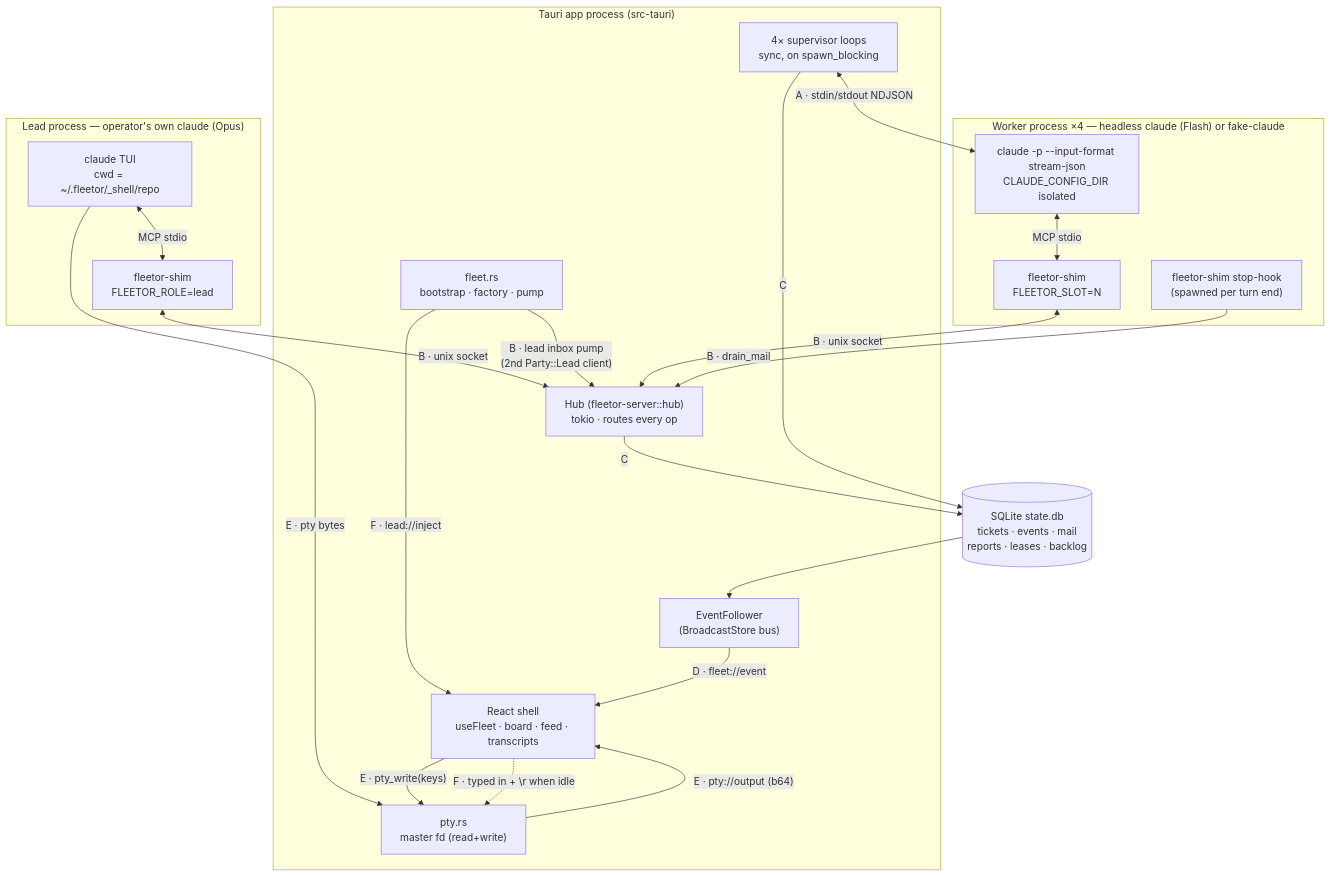
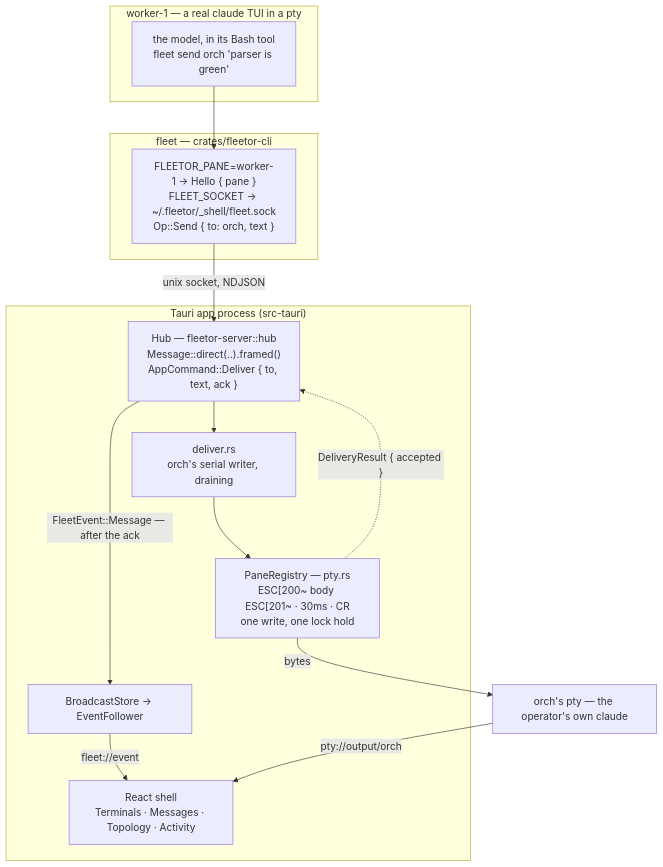
Before and after one commit to rubikron/fleetor: the diagram in docs/fleet-comms-map.md, drawn with Mermaid. The commit also changed other lines of this file and 18 other files, not shown here.

````diff
--- a/docs/fleet-comms-map.md
+++ b/docs/fleet-comms-map.md
@@ -19,46 +11,30 @@
 ```mermaid
 graph TB
-    subgraph app["Tauri app process (src-tauri)"]
-        UI["React shell<br/>useFleet · board · feed · transcripts"]
-        PTY["pty.rs<br/>master fd (read+write)"]
-        FLEETMOD["fleet.rs<br/>bootstrap · factory · pump"]
-        HUB["Hub (fleetor-server::hub)<br/>tokio · routes every op"]
-        SUP["4× supervisor loops<br/>sync, on spawn_blocking"]
-        FOLLOW["EventFollower<br/>(BroadcastStore bus)"]
+    subgraph pane["worker-1 — a real claude TUI in a pty"]
+        AGENT["the model, in its Bash tool<br/>fleet send orch 'parser is green'"]
     end
 
-    subgraph lead["Lead process — operator's own claude (Opus)"]
-        LEADTUI["claude TUI<br/>cwd = ~/.fleetor/_shell/repo"]
-        LEADSHIM["fleetor-shim<br/>FLEETOR_ROLE=lead"]
+    subgraph cli["fleet — crates/fleetor-cli"]
+        HELLO["FLEETOR_PANE=worker-1 → Hello { pane }<br/>FLEET_SOCKET → ~/.fleetor/_shell/fleet.sock<br/>Op::Send { to: orch, text }"]
     end
 
-    subgraph w["Worker process ×4 — headless claude (Flash) or fake-claude"]
-        WCC["claude -p --input-format stream-json<br/>CLAUDE_CONFIG_DIR isolated"]
-        WSHIM["fleetor-shim<br/>FLEETOR_SLOT=N"]
-        WHOOK["fleetor-shim stop-hook<br/>(spawned per turn end)"]
+    subgraph app["Tauri app process (src-tauri)"]
+        HUB["Hub — fleetor-server::hub<br/>Message::direct(..).framed()<br/>AppCommand::Deliver { to, text, ack }"]
+        DELIVER["deliver.rs<br/>orch's serial writer, draining"]
+        REG["PaneRegistry — pty.rs<br/>ESC[200~ body ESC[201~ · 30ms · CR<br/>one write, one lock hold"]
+        STORE["BroadcastStore → EventFollower"]
+        UI["React shell<br/>Terminals · Messages · Topology · Activity"]
     end
 
-    DB[("SQLite state.db<br/>tickets · events · mail<br/>reports · leases · backlog")]
+    ORCH["orch's pty — the operator's own claude"]
 
-    LEADTUI -->|"E · pty bytes"| PTY
-    PTY -->|"E · pty://output (b64)"| UI
-    UI -->|"E · pty_write(keys)"| PTY
-    FLEETMOD -->|"F · lead://inject"| UI
-    UI -.->|"F · typed in + \r when idle"| PTY
-
-    LEADTUI <-->|"MCP stdio"| LEADSHIM
-    LEADSHIM <-->|"B · unix socket"| HUB
-    FLEETMOD -->|"B · lead inbox pump<br/>(2nd Party::Lead client)"| HUB
-
-    WCC <-->|"MCP stdio"| WSHIM
-    WSHIM <-->|"B · unix socket"| HUB
-    WHOOK -->|"B · drain_mail"| HUB
-    SUP <-->|"A · stdin/stdout NDJSON"| WCC
-
-    HUB -->|"C"| DB
-    SUP -->|"C"| DB
-    DB --> FOLLOW
-    FOLLOW -->|"D · fleet://event"| UI
-
-    classDef ch fill:#1d2021,stroke:#8ec07c,color:#ebdbb2
+    AGENT --> HELLO
+    HELLO -->|"unix socket, NDJSON"| HUB
+    HUB --> DELIVER
+    DELIVER --> REG
+    REG -->|"bytes"| ORCH
+    REG -.->|"DeliveryResult { accepted }"| HUB
+    HUB -->|"FleetEvent::Message — after the ack"| STORE
+    STORE -->|"fleet://event"| UI
+    ORCH -->|"pty://output/orch"| UI
 ```
````
